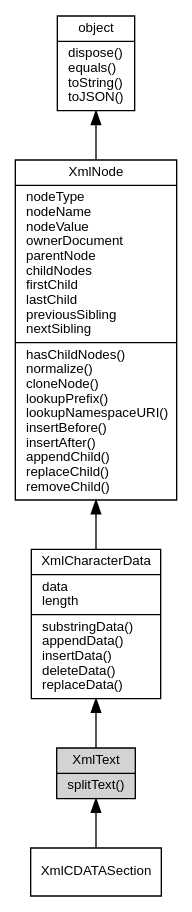
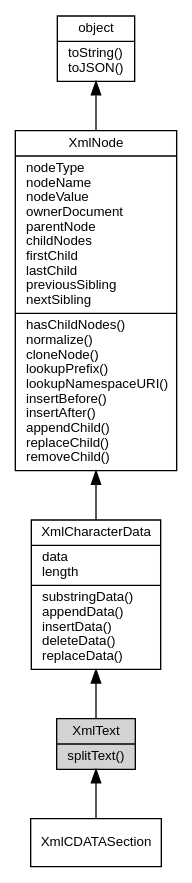
The diagram in docs/object/ifs/XmlText.md (asionius/fibjs-ceph), drawn with Graphviz before and after one commit. The commit also changed other lines of this file and 138 other files, not shown here.

````diff
--- a/docs/object/ifs/XmlText.md
+++ b/docs/object/ifs/XmlText.md
@@ -15,16 +15,16 @@
 ```dot
 digraph {
     node [fontname="Helvetica,sans-Serif", fontsize=10, shape="record", style="filled", fillcolor="white"];
 
-    object [tooltip="object", URL="object.md", label="{object|dispose()\lequals()\ltoString()\ltoJSON()\l}"];
+    object [tooltip="object", URL="object.md", label="{object|toString()\ltoJSON()\l}"];
     XmlNode [tooltip="XmlNode", URL="XmlNode.md", label="{XmlNode|nodeType\lnodeName\lnodeValue\lownerDocument\lparentNode\lchildNodes\lfirstChild\llastChild\lpreviousSibling\lnextSibling\l|hasChildNodes()\lnormalize()\lcloneNode()\llookupPrefix()\llookupNamespaceURI()\linsertBefore()\linsertAfter()\lappendChild()\lreplaceChild()\lremoveChild()\l}"];
     XmlCharacterData [tooltip="XmlCharacterData", URL="XmlCharacterData.md", label="{XmlCharacterData|data\llength\l|substringData()\lappendData()\linsertData()\ldeleteData()\lreplaceData()\l}"];
-    XmlText [tooltip="XmlText", fillcolor="lightgray", label="{XmlText|splitText()\l}"];
+    XmlText [tooltip="XmlText", fillcolor="lightgray", id="me", label="{XmlText|splitText()\l}"];
     XmlCDATASection [tooltip="XmlCDATASection", URL="XmlCDATASection.md", label="{XmlCDATASection}"];
 
     object -> XmlNode [dir=back];
     XmlNode -> XmlCharacterData [dir=back];
     XmlCharacterData -> XmlText [dir=back];
     XmlText -> XmlCDATASection [dir=back];
 }
 ```
````
